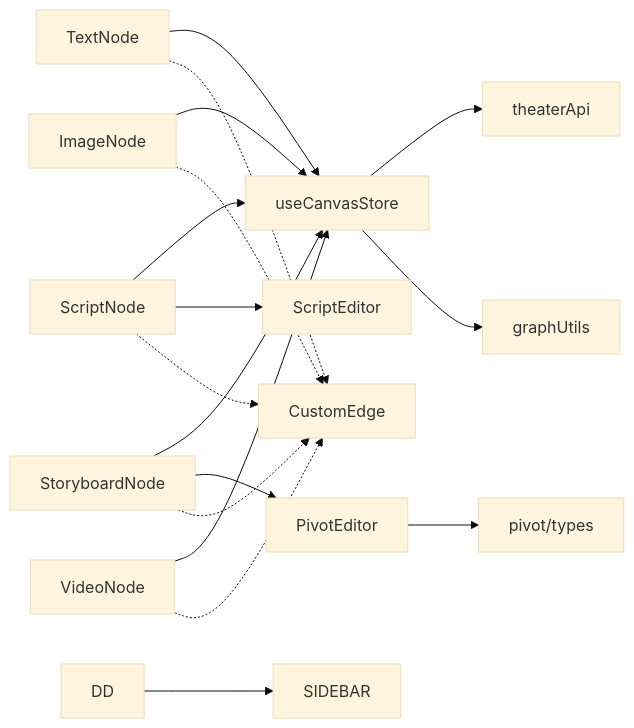
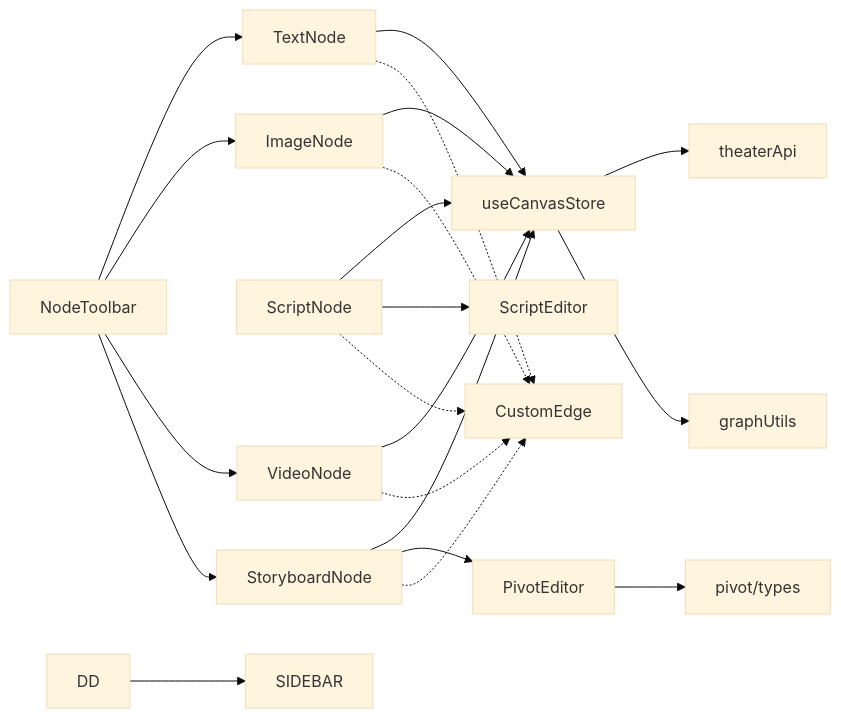
One commit to KunLabAI/KunFlix changed the ninth of 9 diagrams in .qoder/repowiki/zh/content/前端应用架构/剧场画布编辑器/节点系统.md. Above: the diagram before and after it, drawn with Mermaid (base theme). The commit also changed other lines of this file and 9 other files, not shown here.

````diff
--- a/.qoder/repowiki/zh/content/前端应用架构/剧场画布编辑器/节点系统.md
+++ b/.qoder/repowiki/zh/content/前端应用架构/剧场画布编辑器/节点系统.md
@@ -356,19 +413,23 @@
 ```mermaid
 graph LR
 TN["TextNode"] --> CS["useCanvasStore"]
 IN["ImageNode"] --> CS
 SN["ScriptNode"] --> CS
 SB["StoryboardNode"] --> CS
 VN["VideoNode"] --> CS
+NT["NodeToolbar"] --> TN
+NT --> IN
+NT --> VN
+NT --> SB
 SN --> SE["ScriptEditor"]
 SB --> PE["PivotEditor"]
 PE --> PT["pivot/types"]
 CS --> TA["theaterApi"]
 CS --> GU["graphUtils"]
 TN -.-> CE["CustomEdge"]
 IN -.-> CE
 SN -.-> CE
 SB -.-> CE
 VN -.-> CE
 DD --> SIDEBAR
 ```
````
